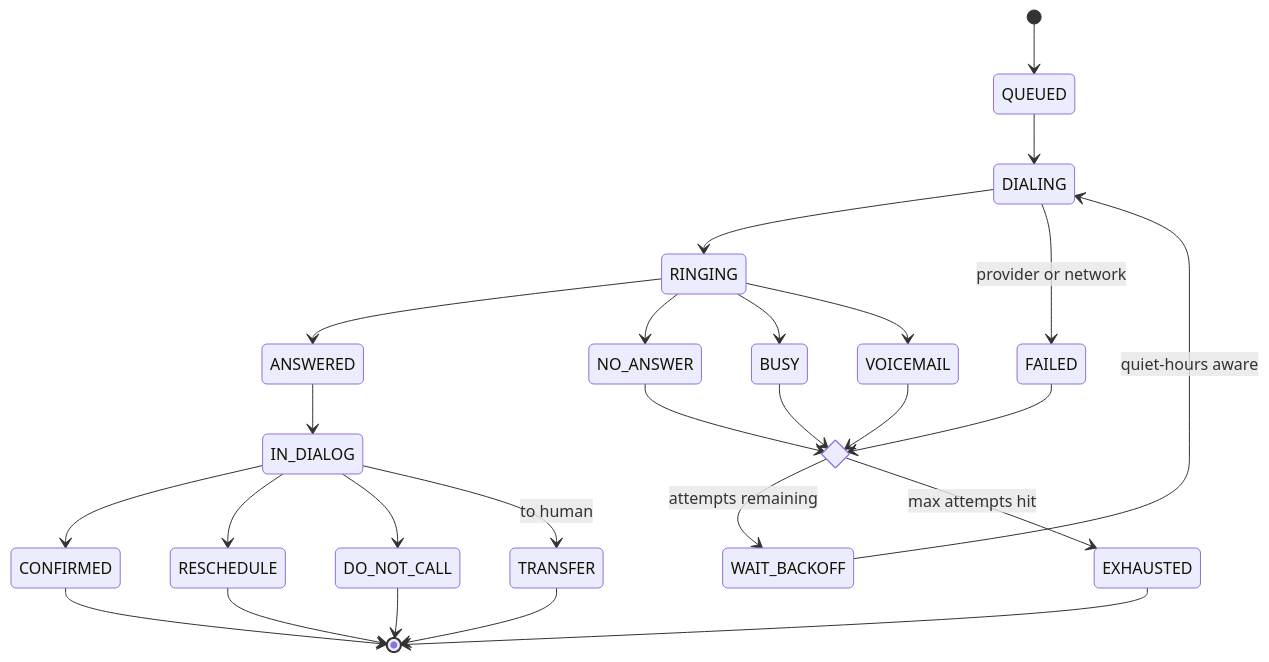
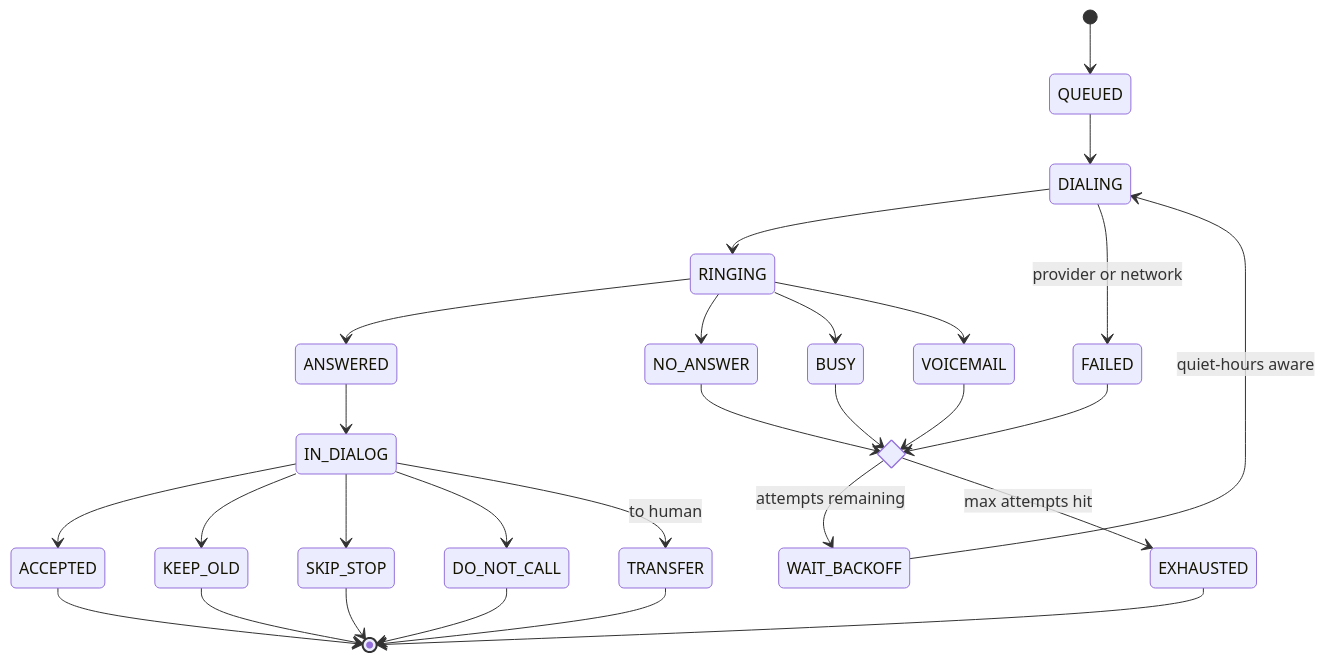
One commit to aachtenberg/aivoicedemo changed the second of 3 diagrams in DIAGRAMS.md. Above: the diagram before and after it, drawn with Mermaid. The commit also changed other lines of this file and 17 other files, not shown here.

````diff
--- a/DIAGRAMS.md
+++ b/DIAGRAMS.md
@@ -80,32 +80,34 @@
 ```mermaid
 stateDiagram-v2
   [*] --> QUEUED
   QUEUED --> DIALING
   DIALING --> RINGING
   DIALING --> FAILED: provider or network
   RINGING --> ANSWERED
   RINGING --> NO_ANSWER
   RINGING --> BUSY
   RINGING --> VOICEMAIL
   ANSWERED --> IN_DIALOG
 
-  IN_DIALOG --> CONFIRMED
-  IN_DIALOG --> RESCHEDULE
+  IN_DIALOG --> ACCEPTED
+  IN_DIALOG --> KEEP_OLD
+  IN_DIALOG --> SKIP_STOP
   IN_DIALOG --> DO_NOT_CALL
   IN_DIALOG --> TRANSFER: to human
 
   state retry <<choice>>
   NO_ANSWER --> retry
   BUSY --> retry
   FAILED --> retry
   VOICEMAIL --> retry
   retry --> WAIT_BACKOFF: attempts remaining
   retry --> EXHAUSTED: max attempts hit
   WAIT_BACKOFF --> DIALING: quiet-hours aware
 
-  CONFIRMED --> [*]
-  RESCHEDULE --> [*]
+  ACCEPTED --> [*]
+  KEEP_OLD --> [*]
+  SKIP_STOP --> [*]
   DO_NOT_CALL --> [*]
   TRANSFER --> [*]
   EXHAUSTED --> [*]
 ```
````
